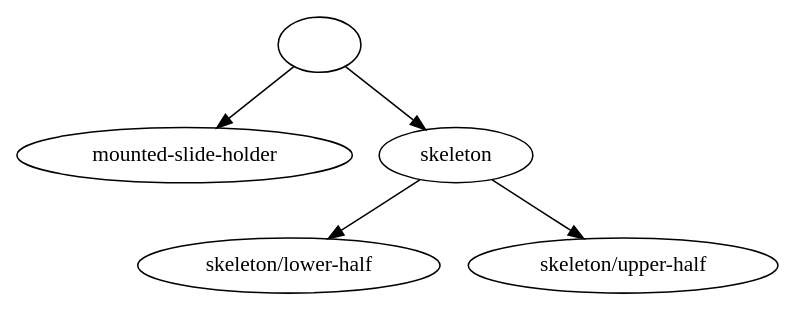
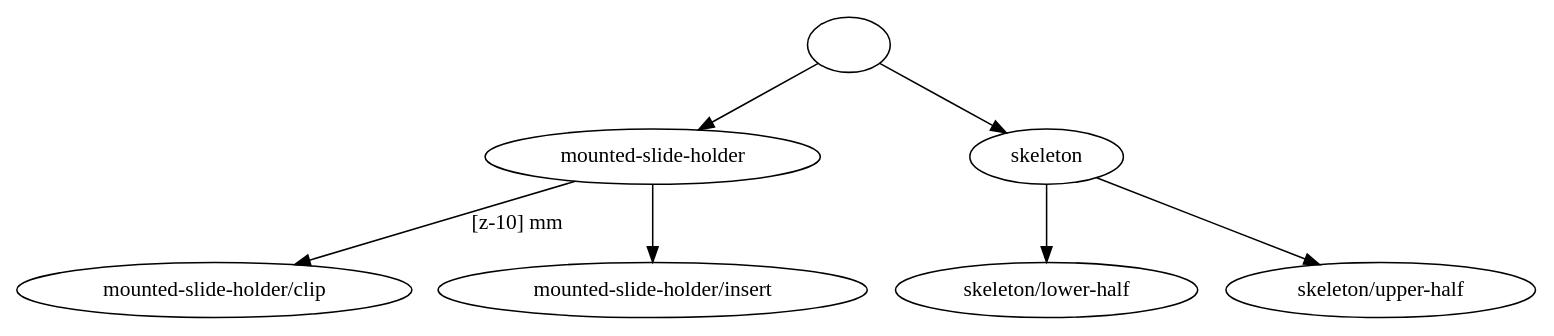
Before and after one commit to openUC2/optikit: the diagram in examples/designs/cube-mounted/slide-holder.dsn/_positions-graph:z.dot, drawn with Graphviz. The commit also changed 181 other files, not shown here.

```diff
--- a/examples/designs/cube-mounted/slide-holder.dsn/_positions-graph:z.dot
+++ b/examples/designs/cube-mounted/slide-holder.dsn/_positions-graph:z.dot
@@ -1,32 +1,45 @@
 strict digraph "" {
-	graph [bb="0,0,430.29,180"];
+	graph [bb="0,0,857.45,197.8"];
 	node [label="\N"];
 	edge [label="\E"];
 	""	[height=0.5,
-		pos="171.17,162",
+		pos="469.34,179.8",
 		width=0.75];
 	"mounted-slide-holder"	[height=0.5,
-		pos="94.172,90",
+		pos="359.34,106.8",
 		width=2.6159];
 	"" -> "mounted-slide-holder"	[key=" -> mounted-slide-holder",
 		label="",
-		pos="e,113,108.11 155.59,146.83 145.78,137.92 132.86,126.17 121.4,115.75"];
+		pos="e,385.11,124.44 450.68,166.76 435.4,156.9 413.36,142.67 394.75,130.66"];
 	skeleton	[height=0.5,
-		pos="249.17,90",
+		pos="581.34,106.8",
 		width=1.2005];
 	"" -> skeleton	[key=" -> skeleton",
 		label="",
-		pos="e,231.62,106.76 186.58,147.17 197.01,137.81 211.05,125.21 223.19,114.32"];
+		pos="e,558.47,122.29 488.59,166.59 505.1,156.13 529.24,140.82 548.75,128.45"];
+	"mounted-slide-holder/clip"	[height=0.5,
+		pos="111.34,18",
+		width=3.0927];
+	"mounted-slide-holder" -> "mounted-slide-holder/clip"	[key="mounted-slide-holder -> mounted-slide-holder/clip",
+		label="[z-10] mm",
+		lp="287.29,62.4",
+		pos="e,156.76,34.899 315.57,90.482 274.33,76.049 212.35,54.355 167.49,38.653"];
+	"mounted-slide-holder/insert"	[height=0.5,
+		pos="359.34,18",
+		width=3.2864];
+	"mounted-slide-holder" -> "mounted-slide-holder/insert"	[key="mounted-slide-holder -> mounted-slide-holder/insert",
+		label="",
+		pos="e,359.34,36.41 359.34,88.651 359.34,76.958 359.34,61.192 359.34,47.618"];
 	"skeleton/lower-half"	[height=0.5,
-		pos="154.17,18",
+		pos="581.34,18",
 		width=2.3922];
 	skeleton -> "skeleton/lower-half"	[key="skeleton -> skeleton/lower-half",
 		label="",
-		pos="e,176.74,35.628 228.56,73.811 216.02,64.575 199.77,52.595 185.65,42.192"];
+		pos="e,581.34,36.41 581.34,88.651 581.34,76.958 581.34,61.192 581.34,47.618"];
 	"skeleton/upper-half"	[height=0.5,
-		pos="344.17,18",
+		pos="771.34,18",
 		width=2.3922];
 	skeleton -> "skeleton/upper-half"	[key="skeleton -> skeleton/upper-half",
 		label="",
-		pos="e,321.61,35.628 269.79,73.811 282.32,64.575 298.58,52.595 312.7,42.192"];
+		pos="e,736.56,34.887 609.78,92.805 640.59,78.73 690.17,56.079 726.29,39.579"];
 }
```
